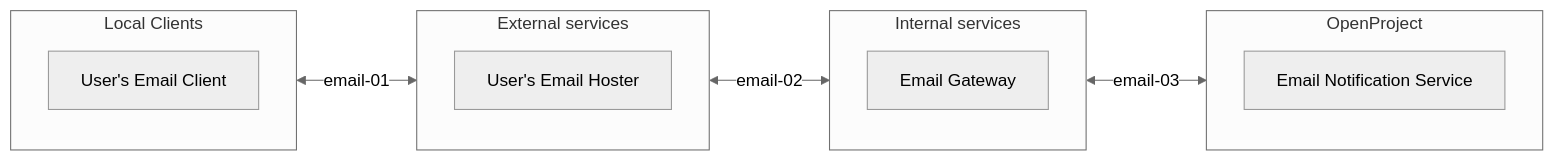
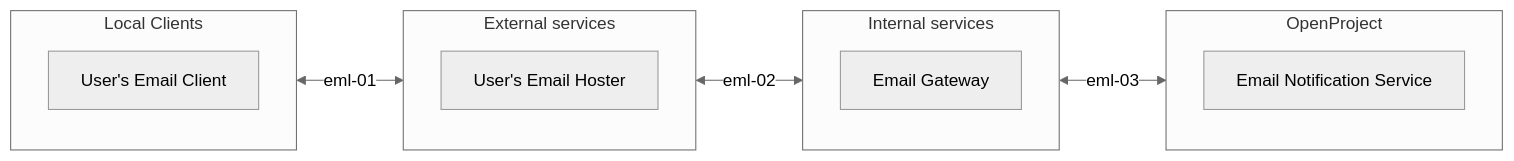
One commit to opf/openproject changed the third of 6 diagrams in docs/development/data-flow/README.md. Above: the diagram before and after it, drawn with Mermaid. The commit also changed other lines of this file, not shown here.

````diff
--- a/docs/development/data-flow/README.md
+++ b/docs/development/data-flow/README.md
@@ -267,35 +311,35 @@
 ```mermaid
 %%{init: {'theme':'neutral'}}%%
 
 flowchart LR
-  A[User's Email Client] <-->|email-01| B[User's Email Hoster]
-  B <-->|email-02| C[Email Gateway]
-  C <-->|email-03| D[Email Notification Service]
+  A[User's Email Client] <-->|eml-01| B[User's Email Hoster]
+  B <-->|eml-02| C[Email Gateway]
+  C <-->|eml-03| D[Email Notification Service]
 
  
    subgraph localclients[Local Clients]
   direction TB
   	A
     end
  
  subgraph internal[Internal services]
   direction TB
   	C
   
     end
 
   subgraph external[External services]
   direction TB
   	A
   	B
     end
     
   subgraph OpenProject
   direction TB
   	D
     end
     
     
 
 
 ```
````
